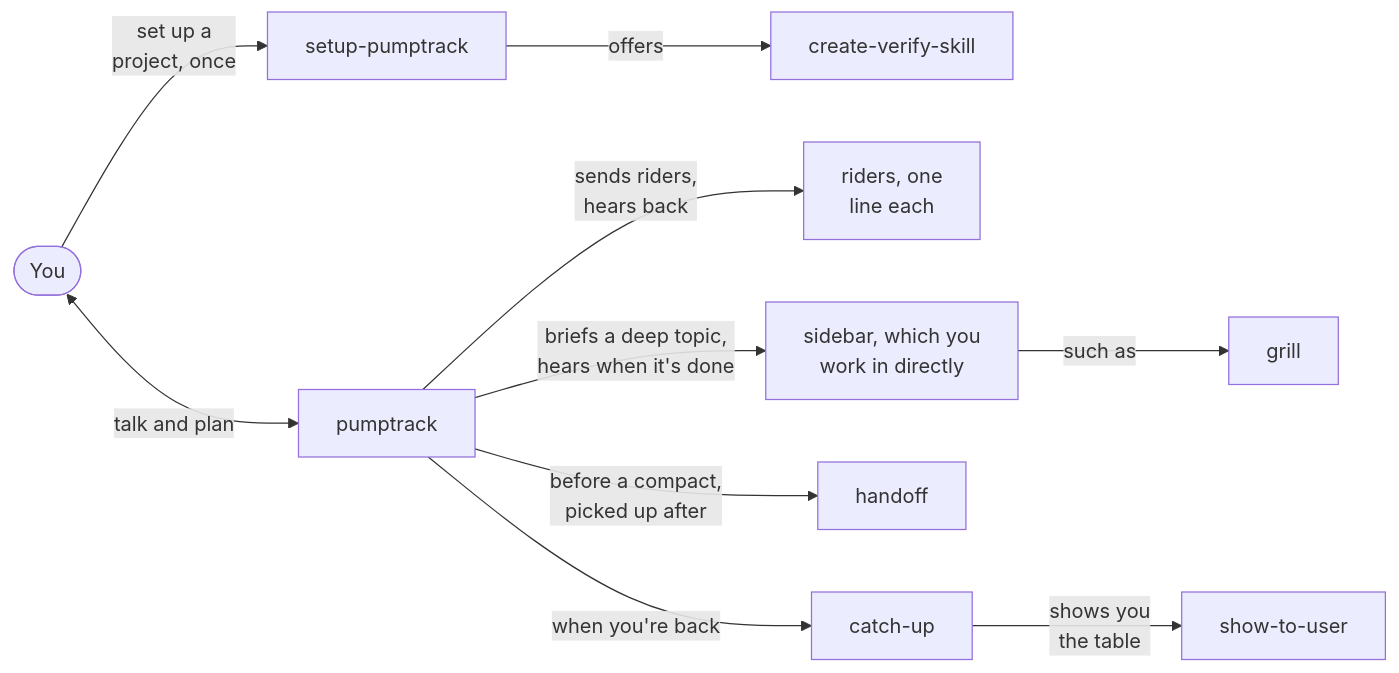
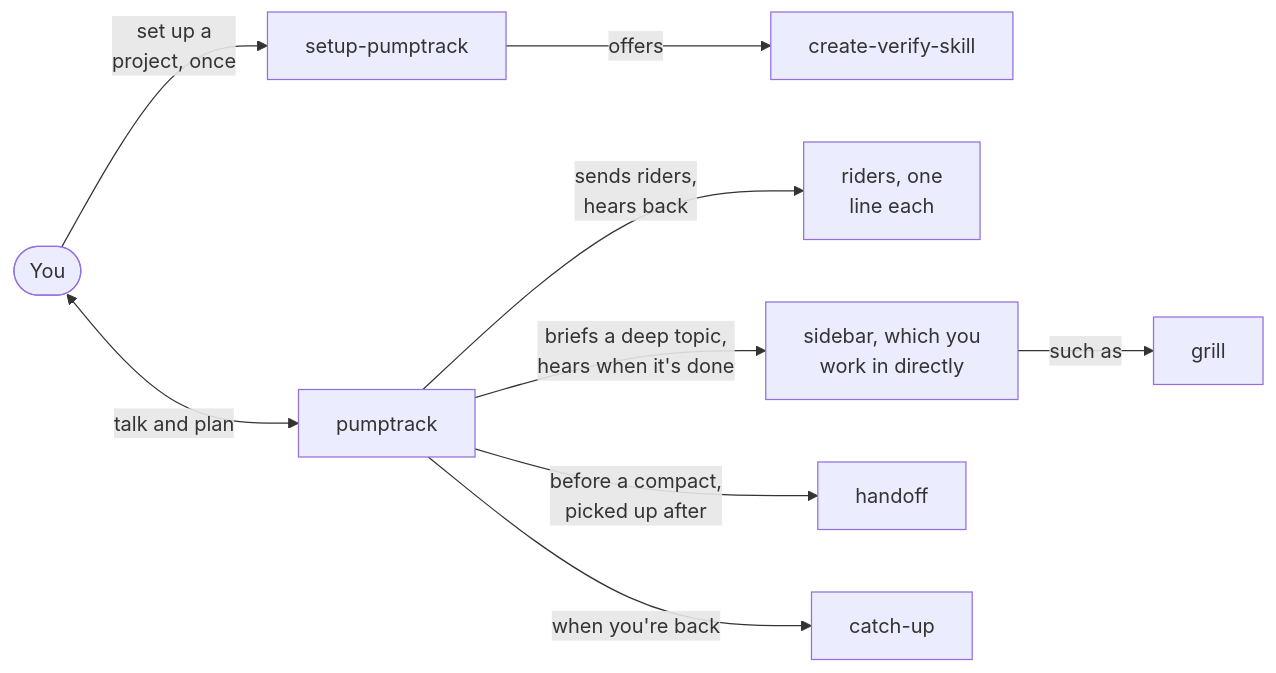
Before and after one commit to brandonbews/pumptrack: the first of 2 diagrams in README.md, drawn with Mermaid. The commit also changed other lines of this file and 11 other files, not shown here.

Commit message:
Skills say what and leave how to the tool, and the lookout and show-to-user go

````diff
--- a/README.md
+++ b/README.md
@@ -15,11 +15,10 @@
 ```mermaid
 flowchart LR
   you(["You"]) <-->|"talk and plan"| pt["pumptrack"]
   you -->|"set up a<br/>project, once"| setup["setup-pumptrack"] -->|"offers"| verify["create-verify-skill"]
   pt -->|"sends riders,<br/>hears back"| riders["riders, one<br/>line each"]
   pt -->|"briefs a deep topic,<br/>hears when it's done"| sidebar["sidebar, which you<br/>work in directly"]
   sidebar -->|"such as"| grill["grill"]
   pt -->|"before a compact,<br/>picked up after"| handoff["handoff"]
   pt -->|"when you're back"| catchup["catch-up"]
-  catchup -->|"shows you<br/>the table"| show["show-to-user"]
 ```
````
